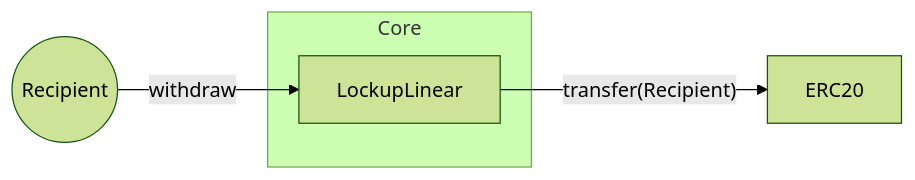
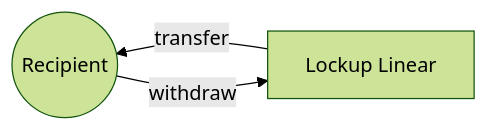
Before and after one commit to sablier-labs/docs: the sixth of 8 diagrams in docs/contracts/v2/reference/02-diagrams.md, drawn with Mermaid (forest theme). The commit also changed other lines of this file, not shown here.

First line of the commit message:
Improve diagrams  (#67)

````diff
--- a/docs/contracts/v2/reference/02-diagrams.md
+++ b/docs/contracts/v2/reference/02-diagrams.md
@@ -144,10 +156,8 @@
 ```mermaid
-flowchart LR
-  E[ERC20]
-  subgraph Core
-    LL[LockupLinear]
-  end
+flowchart RL
+  LL[Lockup Linear]
   R((Recipient))
+
   R -- "withdraw" --> LL
-  LL -- "transfer(Recipient)" --> E
+  LL -- "transfer" --> R
 ```
````
